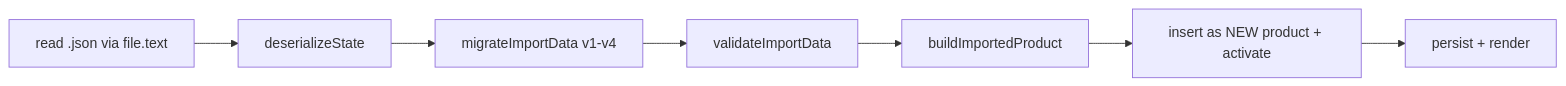
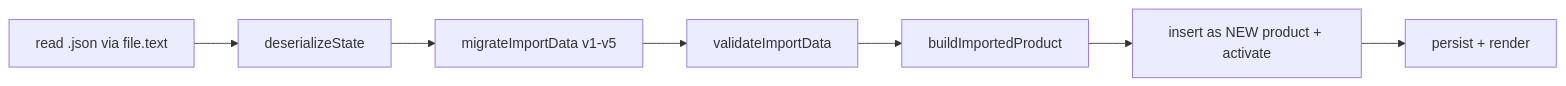
Before and after one commit to samantharissicy/artwork-checklist: the diagram in docs/persistence/import-export.md, drawn with Mermaid. The commit also changed other lines of this file and 43 other files, not shown here.

````diff
--- a/docs/persistence/import-export.md
+++ b/docs/persistence/import-export.md
@@ -41,9 +45,9 @@
 ```mermaid
 flowchart LR
   A[read .json via file.text] --> B[deserializeState]
-  B --> C[migrateImportData v1-v4]
+  B --> C[migrateImportData v1-v5]
   C --> D[validateImportData]
   D --> E[buildImportedProduct]
   E --> F[insert as NEW product + activate]
   F --> G[persist + render]
 ```
````
